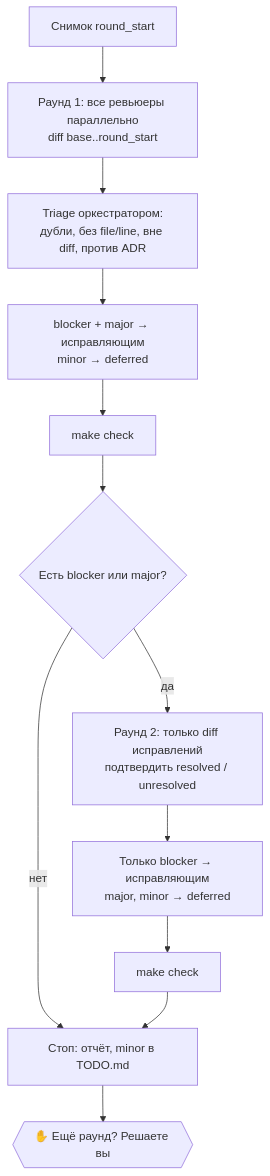
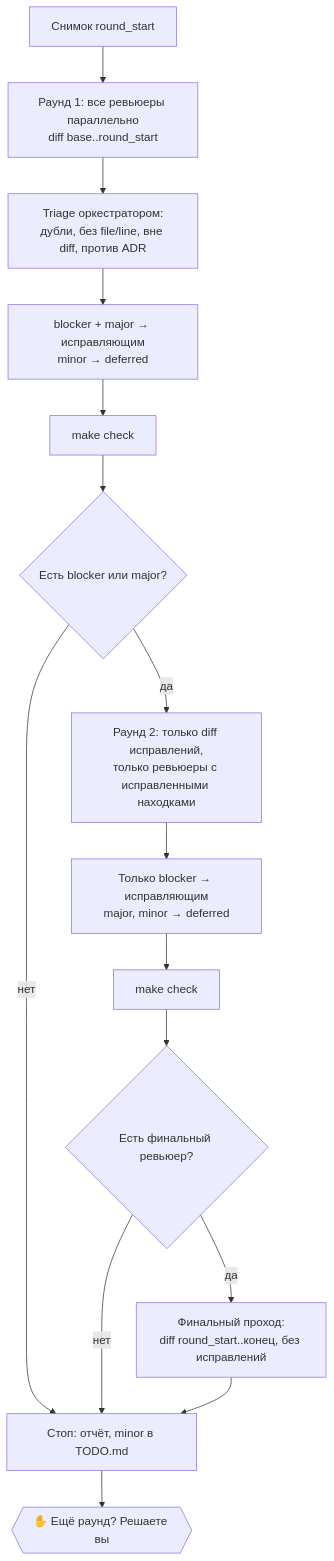
The diagram in src/content/docs/dev-core/skills/review-loop.md (nikiquark/ai-plugins), drawn with Mermaid before and after one commit. The commit also changed other lines of this file and 4 other files, not shown here.

````diff
--- a/src/content/docs/dev-core/skills/review-loop.md
+++ b/src/content/docs/dev-core/skills/review-loop.md
@@ -34,14 +35,17 @@
 ```mermaid
 flowchart TB
   S[Снимок round_start] --> R1[Раунд 1: все ревьюеры параллельно<br/>diff base..round_start]
   R1 --> T[Triage оркестратором:<br/>дубли, без file/line, вне diff, против ADR]
   T --> F1[blocker + major → исправляющим<br/>minor → deferred]
   F1 --> C1[make check]
   C1 --> Q{Есть blocker или major?}
   Q -- нет --> STOP
-  Q -- да --> R2[Раунд 2: только diff исправлений<br/>подтвердить resolved / unresolved]
+  Q -- да --> R2[Раунд 2: только diff исправлений,<br/>только ревьюеры с исправленными находками]
   R2 --> F2[Только blocker → исправляющим<br/>major, minor → deferred]
   F2 --> C2[make check]
-  C2 --> STOP[Стоп: отчёт, minor в TODO.md]
+  C2 --> FP{Есть финальный ревьюер?}
+  FP -- да --> FR[Финальный проход:<br/>diff round_start..конец, без исправлений]
+  FP -- нет --> STOP
+  FR --> STOP[Стоп: отчёт, minor в TODO.md]
   STOP --> U{{✋ Ещё раунд? Решаете вы}}
 ```
````
